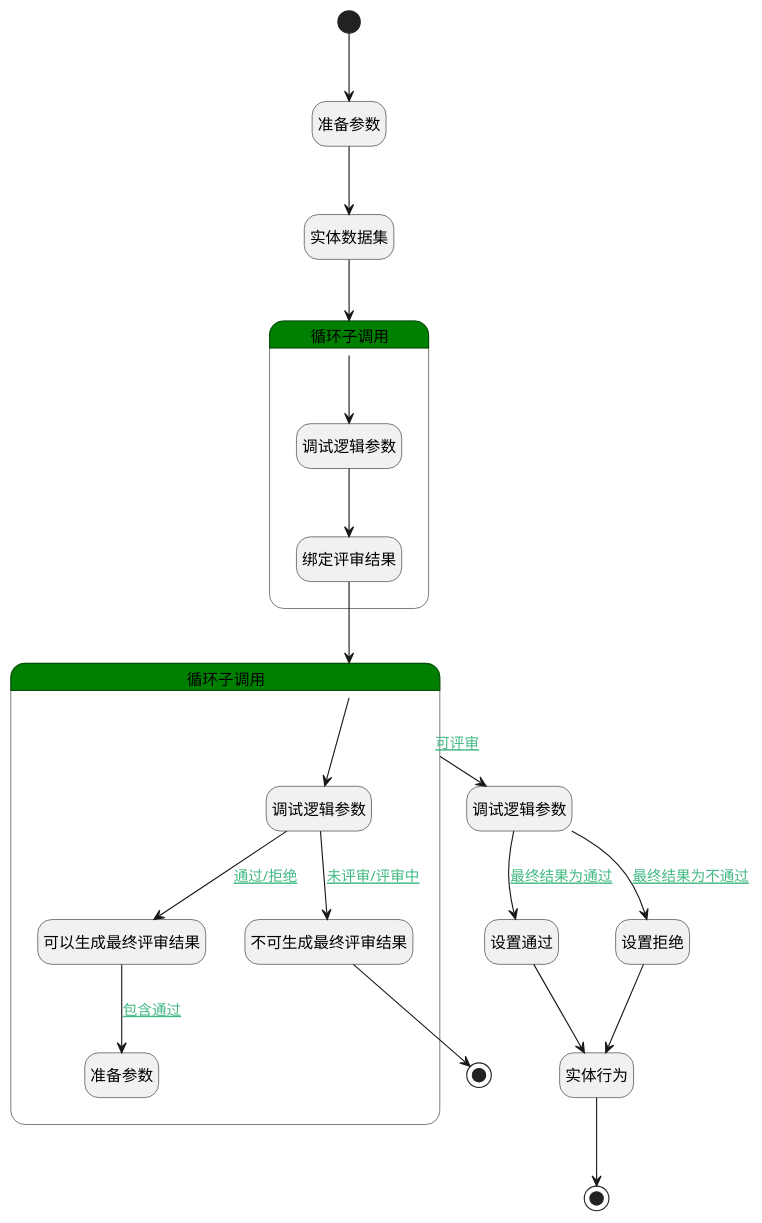
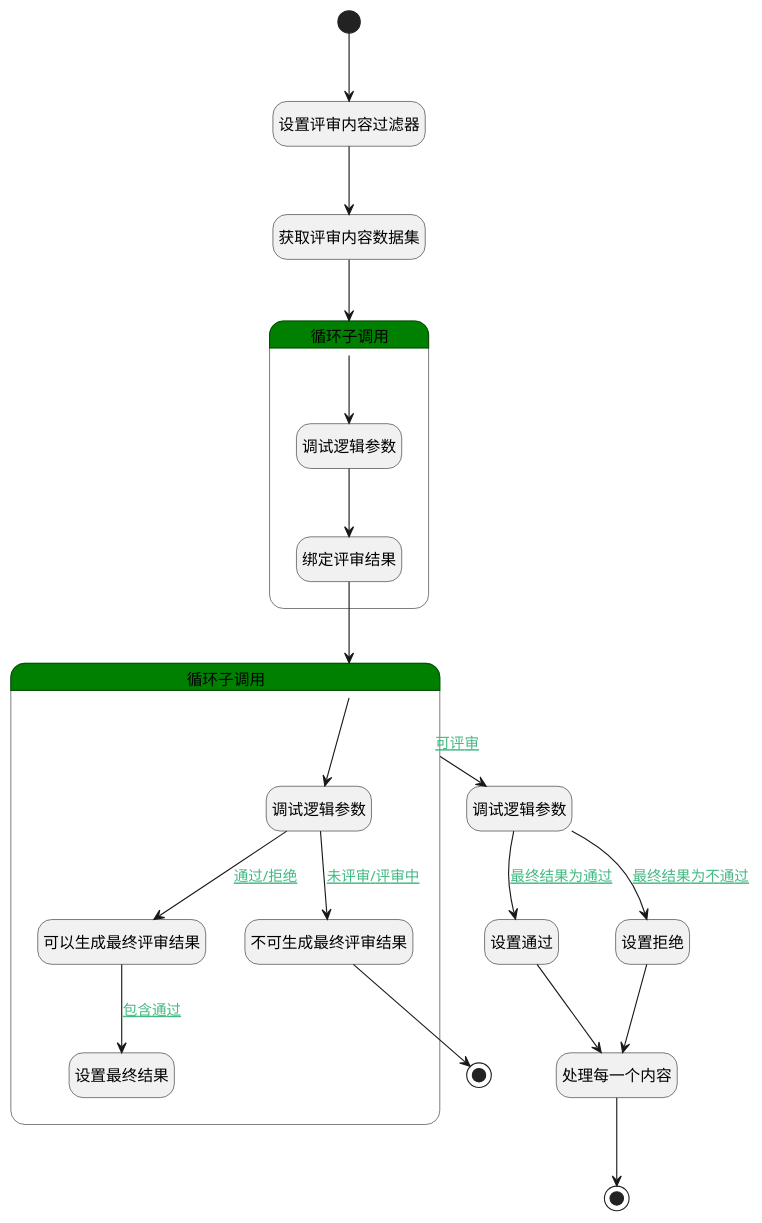
Before and after one commit to iBizLab/plm: the diagram in doc/docsify/module/TestMgmt/review_content/logic/generate_review_result_finally.md, drawn with PlantUML. The commit also changed other lines of this file and 1778 other files, not shown here.

````diff
--- a/doc/docsify/module/TestMgmt/review_content/logic/generate_review_result_finally.md
+++ b/doc/docsify/module/TestMgmt/review_content/logic/generate_review_result_finally.md
@@ -7,52 +7,52 @@
 ```plantuml
 @startuml
 hide empty description
 <style>
 root {
   HyperlinkColor #42b983
 }
 </style>
 
 hide empty description
 state "开始" as Begin <<start>> [[$./generate_review_result_finally#begin {"开始"}]]
 state "设置通过" as PREPAREPARAM5  [[$./generate_review_result_finally#prepareparam5 {"设置通过"}]]
 state "结束" as END1 <<end>> [[$./generate_review_result_finally#end1 {"结束"}]]
-state "实体数据集" as DEDATASET1  [[$./generate_review_result_finally#dedataset1 {"实体数据集"}]]
 state "调试逻辑参数" as DEBUGPARAM3  [[$./generate_review_result_finally#debugparam3 {"调试逻辑参数"}]]
-state "实体行为" as DEACTION1  [[$./generate_review_result_finally#deaction1 {"实体行为"}]]
-state "准备参数" as PREPAREPARAM7  [[$./generate_review_result_finally#prepareparam7 {"准备参数"}]]
+state "处理每一个内容" as DEACTION1  [[$./generate_review_result_finally#deaction1 {"处理每一个内容"}]]
+state "获取评审内容数据集" as DEDATASET1  [[$./generate_review_result_finally#dedataset1 {"获取评审内容数据集"}]]
+state "设置评审内容过滤器" as PREPAREPARAM7  [[$./generate_review_result_finally#prepareparam7 {"设置评审内容过滤器"}]]
 state "设置拒绝" as PREPAREPARAM6  [[$./generate_review_result_finally#prepareparam6 {"设置拒绝"}]]
 state "跳出" as END2 <<end>> [[$./generate_review_result_finally#end2 {"跳出"}]]
 state "循环子调用" as LOOPSUBCALL2  [[$./generate_review_result_finally#loopsubcall2 {"循环子调用"}]] #green {
 state "调试逻辑参数" as DEBUGPARAM4  [[$./generate_review_result_finally#debugparam4 {"调试逻辑参数"}]]
 state "绑定评审结果" as PREPAREPARAM1  [[$./generate_review_result_finally#prepareparam1 {"绑定评审结果"}]]
 }
 state "循环子调用" as LOOPSUBCALL1  [[$./generate_review_result_finally#loopsubcall1 {"循环子调用"}]] #green {
 state "调试逻辑参数" as DEBUGPARAM2  [[$./generate_review_result_finally#debugparam2 {"调试逻辑参数"}]]
 state "可以生成最终评审结果" as PREPAREPARAM2  [[$./generate_review_result_finally#prepareparam2 {"可以生成最终评审结果"}]]
-state "准备参数" as PREPAREPARAM4  [[$./generate_review_result_finally#prepareparam4 {"准备参数"}]]
+state "设置最终结果" as PREPAREPARAM4  [[$./generate_review_result_finally#prepareparam4 {"设置最终结果"}]]
 state "不可生成最终评审结果" as PREPAREPARAM3  [[$./generate_review_result_finally#prepareparam3 {"不可生成最终评审结果"}]]
 }
 
 
 Begin --> PREPAREPARAM7
 PREPAREPARAM7 --> DEDATASET1
 DEDATASET1 --> LOOPSUBCALL2
 LOOPSUBCALL2 --> DEBUGPARAM4
 DEBUGPARAM4 --> PREPAREPARAM1
 PREPAREPARAM1 --> LOOPSUBCALL1
 LOOPSUBCALL1 --> DEBUGPARAM2
 DEBUGPARAM2 --> PREPAREPARAM2 : [[$./generate_review_result_finally#debugparam2-prepareparam2{通过/拒绝} 通过/拒绝]]
 PREPAREPARAM2 --> PREPAREPARAM4 : [[$./generate_review_result_finally#prepareparam2-prepareparam4{包含通过} 包含通过]]
 DEBUGPARAM2 --> PREPAREPARAM3 : [[$./generate_review_result_finally#debugparam2-prepareparam3{未评审/评审中} 未评审/评审中]]
 PREPAREPARAM3 --> END2
 LOOPSUBCALL1 --> DEBUGPARAM3 : [[$./generate_review_result_finally#loopsubcall1-debugparam3{可评审} 可评审]]
 DEBUGPARAM3 --> PREPAREPARAM5 : [[$./generate_review_result_finally#debugparam3-prepareparam5{最终结果为通过} 最终结果为通过]]
 PREPAREPARAM5 --> DEACTION1
 DEACTION1 --> END1
 DEBUGPARAM3 --> PREPAREPARAM6 : [[$./generate_review_result_finally#debugparam3-prepareparam6{最终结果为不通过} 最终结果为不通过]]
 PREPAREPARAM6 --> DEACTION1
 
 
 @enduml
 ```
````
